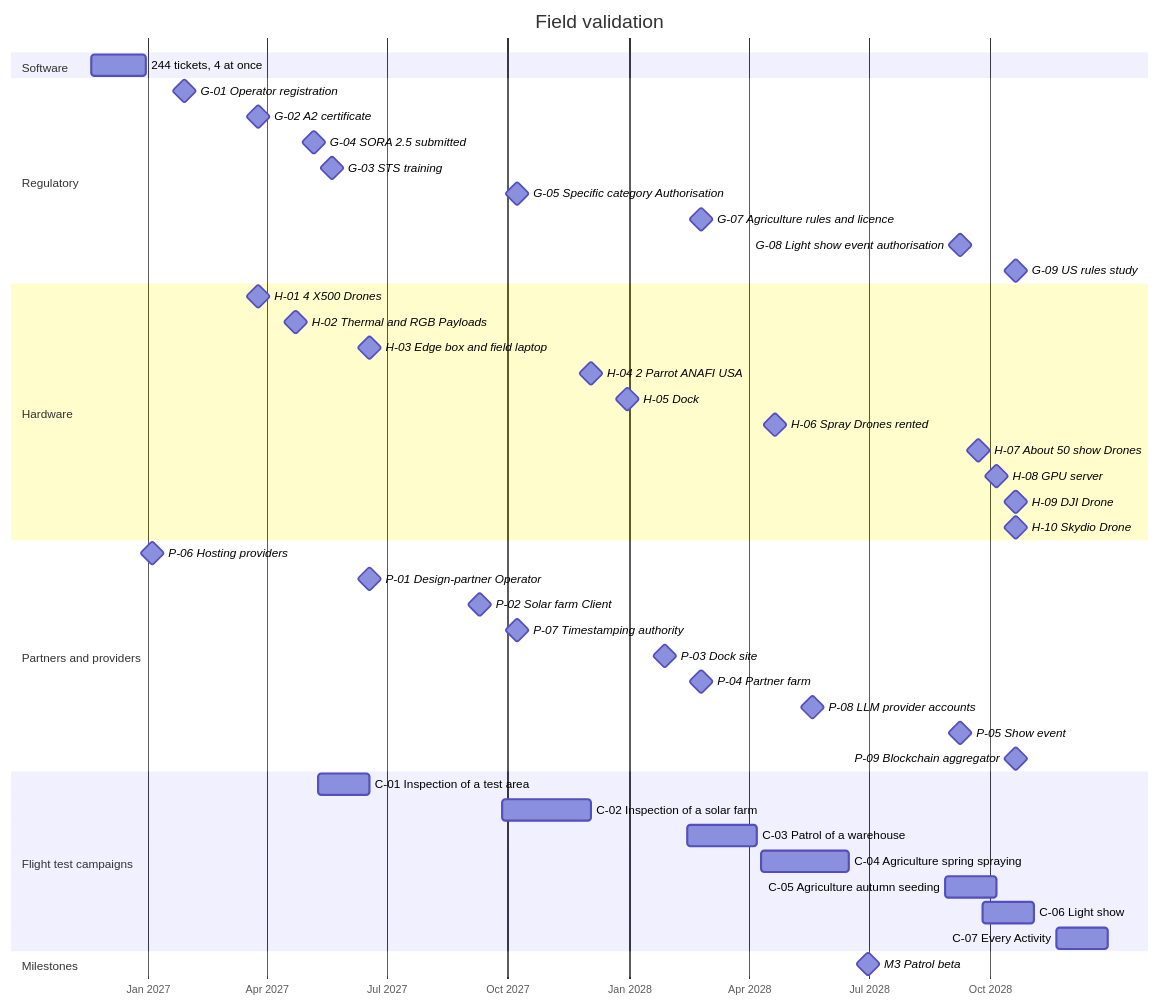
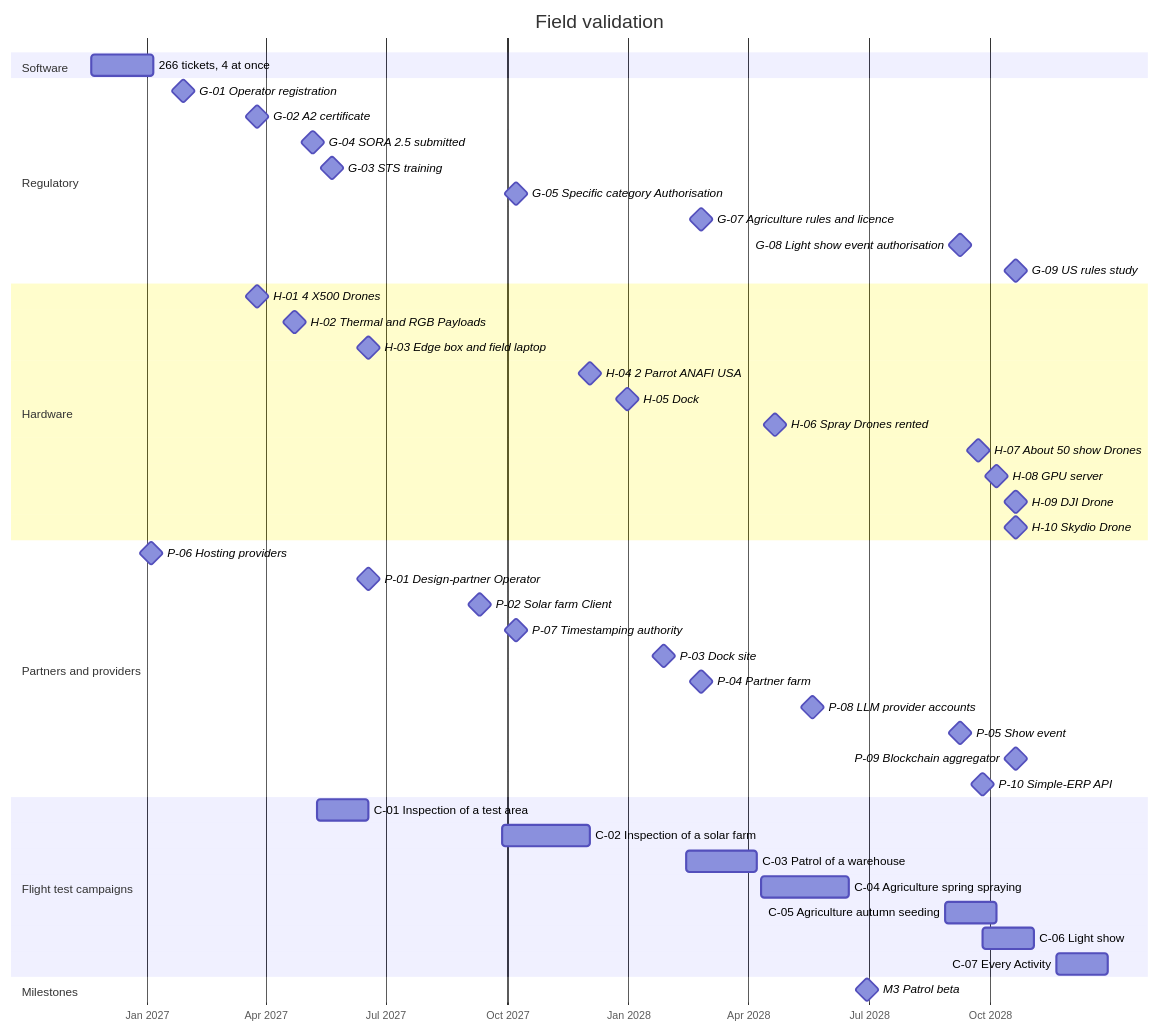
One commit to gpbcom/swarm changed the third of 3 diagrams in docs/specs/roadmap/14-parallel-plan.md. Above: the diagram before and after it, drawn with Mermaid. The commit also changed other lines of this file and 186 other files, not shown here.

````diff
--- a/docs/specs/roadmap/14-parallel-plan.md
+++ b/docs/specs/roadmap/14-parallel-plan.md
@@ -119,48 +121,49 @@
 ```mermaid
 gantt
     title Field validation
     dateFormat YYYY-MM-DD
     axisFormat %b %Y
     section Software
-    244 tickets, 4 at once :sw, 2026-11-19, 2026-12-30
+    266 tickets, 4 at once :sw, 2026-11-20, 2027-01-06
     section Regulatory
     G-01 Operator registration :milestone, g-01, 2027-01-29, 0d
     G-02 A2 certificate :milestone, g-02, 2027-03-26, 0d
     G-04 SORA 2.5 submitted :milestone, g-04, 2027-05-07, 0d
     G-03 STS training :milestone, g-03, 2027-05-21, 0d
     G-05 Specific category Authorisation :milestone, g-05, 2027-10-08, 0d
     G-07 Agriculture rules and licence :milestone, g-07, 2028-02-25, 0d
     G-08 Light show event authorisation :milestone, g-08, 2028-09-08, 0d
     G-09 US rules study :milestone, g-09, 2028-10-20, 0d
     section Hardware
     H-01 4 X500 Drones :milestone, h-01, 2027-03-26, 0d
     H-02 Thermal and RGB Payloads :milestone, h-02, 2027-04-23, 0d
     H-03 Edge box and field laptop :milestone, h-03, 2027-06-18, 0d
     H-04 2 Parrot ANAFI USA :milestone, h-04, 2027-12-03, 0d
     H-05 Dock :milestone, h-05, 2027-12-31, 0d
     H-06 Spray Drones rented :milestone, h-06, 2028-04-21, 0d
     H-07 About 50 show Drones :milestone, h-07, 2028-09-22, 0d
     H-08 GPU server :milestone, h-08, 2028-10-06, 0d
     H-09 DJI Drone :milestone, h-09, 2028-10-20, 0d
     H-10 Skydio Drone :milestone, h-10, 2028-10-20, 0d
     section Partners and providers
     P-06 Hosting providers :milestone, p-06, 2027-01-04, 0d
     P-01 Design-partner Operator :milestone, p-01, 2027-06-18, 0d
     P-02 Solar farm Client :milestone, p-02, 2027-09-10, 0d
     P-07 Timestamping authority :milestone, p-07, 2027-10-08, 0d
     P-03 Dock site :milestone, p-03, 2028-01-28, 0d
     P-04 Partner farm :milestone, p-04, 2028-02-25, 0d
     P-08 LLM provider accounts :milestone, p-08, 2028-05-19, 0d
     P-05 Show event :milestone, p-05, 2028-09-08, 0d
     P-09 Blockchain aggregator :milestone, p-09, 2028-10-20, 0d
+    P-10 Simple-ERP API :milestone, p-10, 2028-09-25, 0d
     section Flight test campaigns
     C-01 Inspection of a test area :c-01, 2027-05-10, 2027-06-18
     C-02 Inspection of a solar farm :c-02, 2027-09-27, 2027-12-03
     C-03 Patrol of a warehouse :c-03, 2028-02-14, 2028-04-07
     C-04 Agriculture spring spraying :c-04, 2028-04-10, 2028-06-16
     C-05 Agriculture autumn seeding :c-05, 2028-08-28, 2028-10-06
     C-06 Light show :c-06, 2028-09-25, 2028-11-03
     C-07 Every Activity :c-07, 2028-11-20, 2028-12-29
     section Milestones
     M3 Patrol beta :milestone, m3, 2028-06-30, 0d
 ```
````
